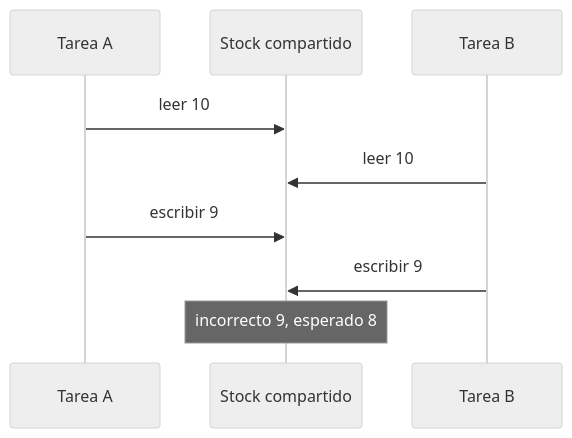
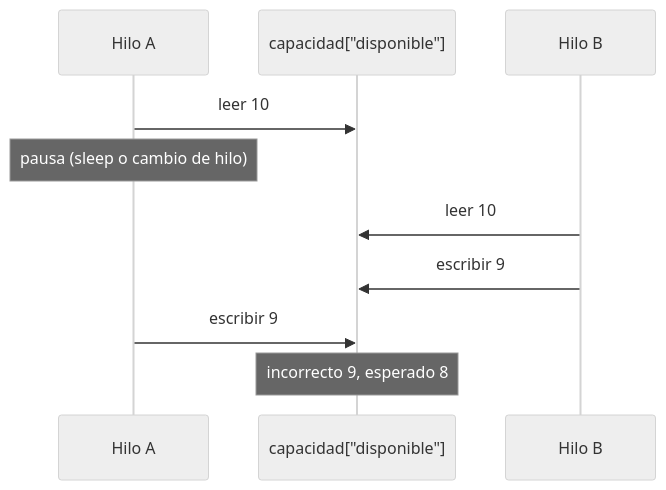
The second of 5 diagrams in web/public/content/foundations/modulo-8.md (NICORUIZ93/The_Imperial_Book), drawn with Mermaid (neutral theme) before and after one commit. The commit also changed other lines of this file, not shown here.

````diff
--- a/web/public/content/foundations/modulo-8.md
+++ b/web/public/content/foundations/modulo-8.md
@@ -111,11 +492,12 @@
 ```mermaid
 sequenceDiagram
-    participant A as Tarea A
-    participant S as Stock compartido
-    participant B as Tarea B
+    participant A as Hilo A
+    participant S as capacidad["disponible"]
+    participant B as Hilo B
     A->>S: leer 10
+    Note over A: pausa (sleep o cambio de hilo)
     B->>S: leer 10
+    B->>S: escribir 9
     A->>S: escribir 9
-    B->>S: escribir 9
     Note over S: incorrecto 9, esperado 8
 ```
````
